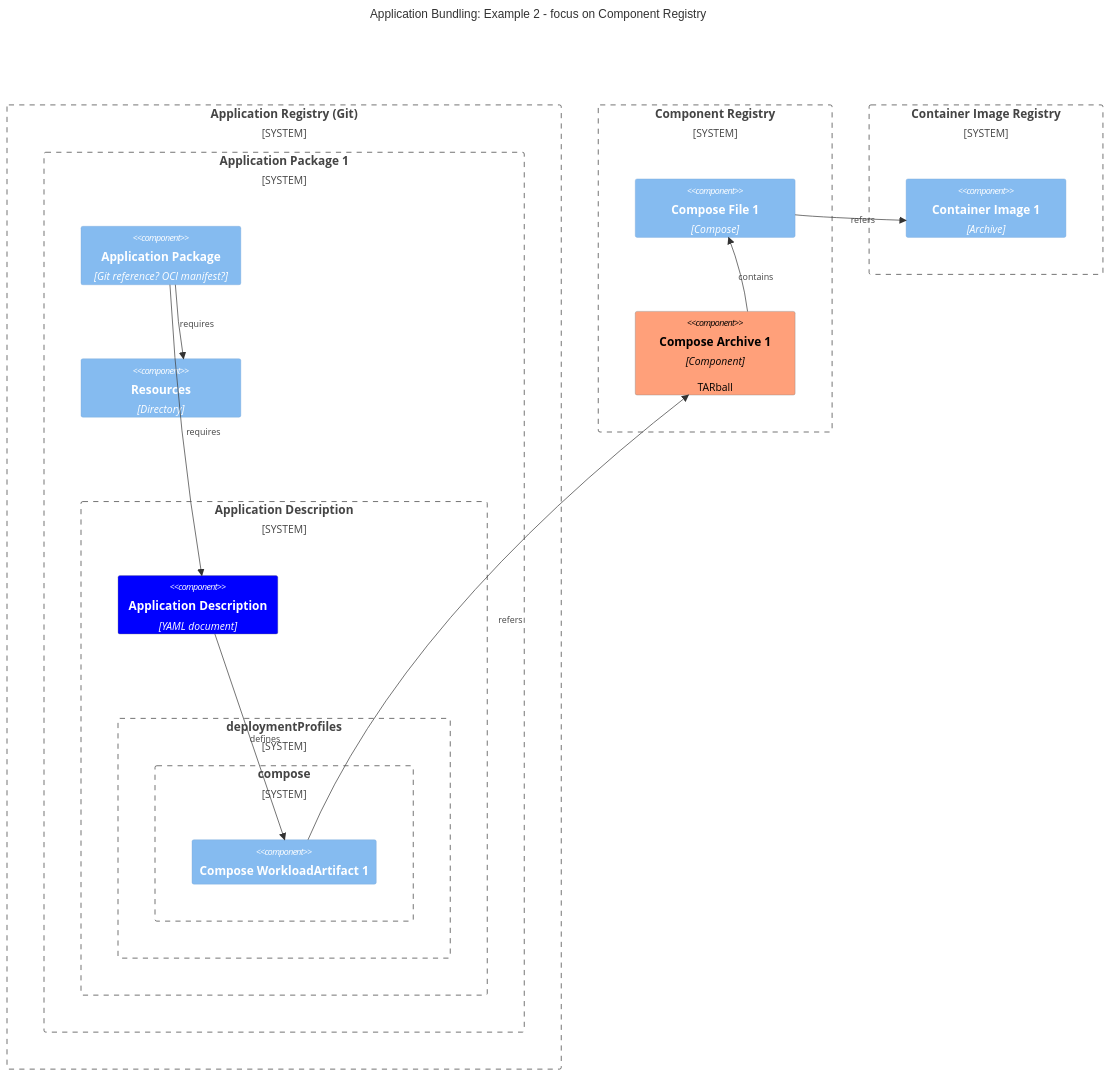
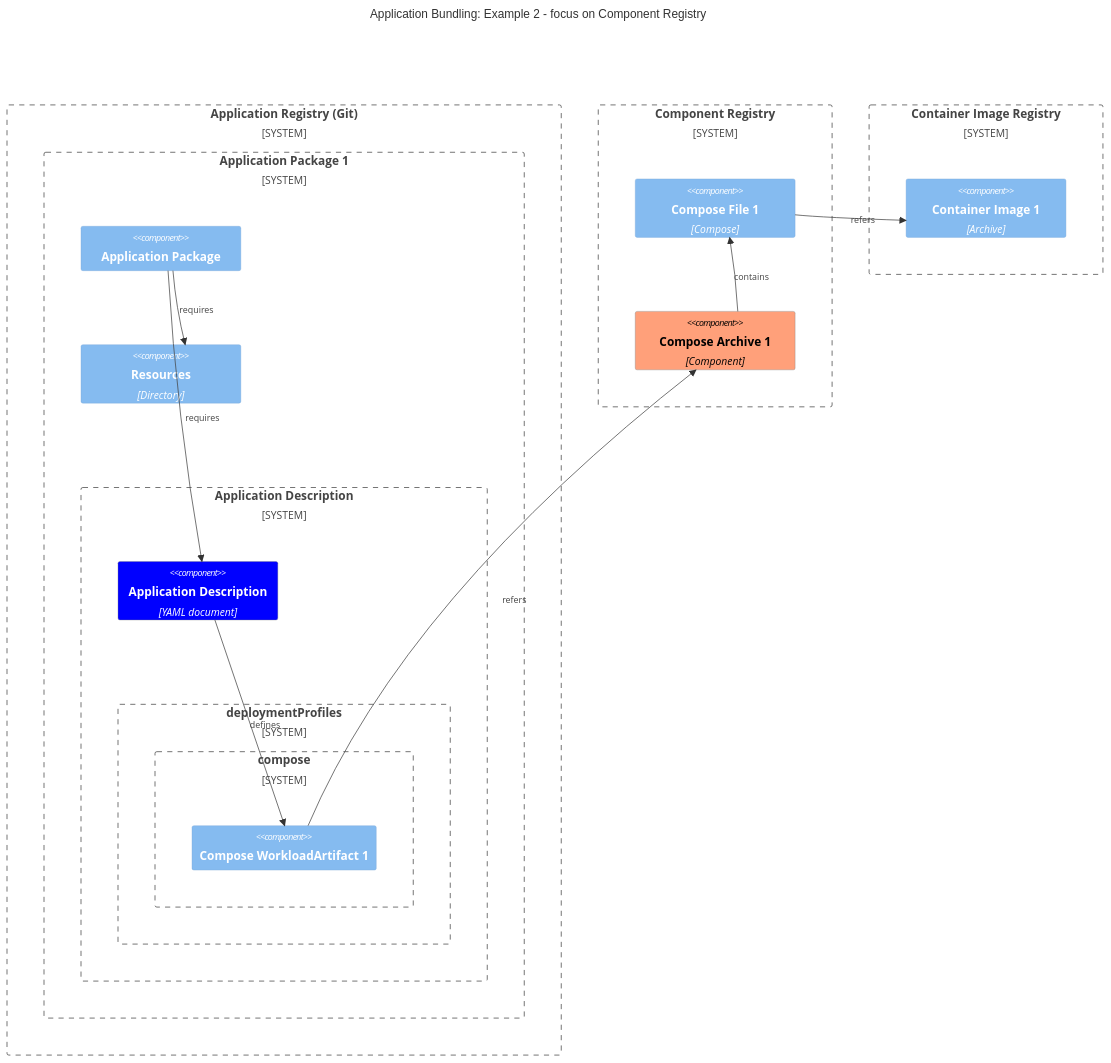
Before and after one commit to margo/specification: the third of 6 diagrams in system-design/margo-overview/software-composition.md, drawn with Mermaid. The commit also changed other lines of this file, not shown here.

Commit message:
adapt according feedback

````diff
--- a/system-design/margo-overview/software-composition.md
+++ b/system-design/margo-overview/software-composition.md
@@ -122,44 +122,44 @@
 ```mermaid
 C4Component
     title Application Bundling: Example 2 - focus on Component Registry
 
     UpdateLayoutConfig($c4BoundaryInRow="1", $c4ShapeInRow="3")
 
     System_Boundary(ar, "Application Registry (Git)") {
         System_Boundary(ab1, "Application Package 1") {
-            Component(atb1, "Application Package", "Git reference? OCI manifest?")
+            Component(atb1, "Application Package")
 
             System_Boundary(c1, "Application Description") {
                 Component(ad, "Application Description", "YAML document")
                 System_Boundary(c2, "deploymentProfiles") {
                     System_Boundary(c4, "compose") {
                         Component(wldc1, "Compose WorkloadArtifact 1")
                     }
                 }
                 Rel(ad,wldc1, "defines")
             }
 
             Component(rd, "Resources", "Directory")
 
             Rel(atb1, ad, "requires")
             Rel(atb1, rd, "requires")
         }
     }
 
     System_Boundary(crr, "Component Registry") {
         Component(cc1, "Compose File 1", "Compose")
-        Component(ca1, "Compose Archive 1", "Component", "TARball")
+        Component(ca1, "Compose Archive 1", "Component")
         Rel(ca1, cc1, "contains")
         UpdateRelStyle(cc1, cim1, $offsetY="50")
     }
 
     System_Boundary(cir, "Container Image Registry") {
         Component(cim1, "Container Image 1", "Archive")
     }
 
     Rel(wldc1, ca1, "refers")
     Rel(cc1, cim1, "refers")
 
     UpdateElementStyle(ad, $fontColor="white", $bgColor="blue", $borderColor="grey")
     UpdateElementStyle(ca1, $fontColor="black", $bgColor="lightsalmon", $borderColor="grey")
 ```
````
